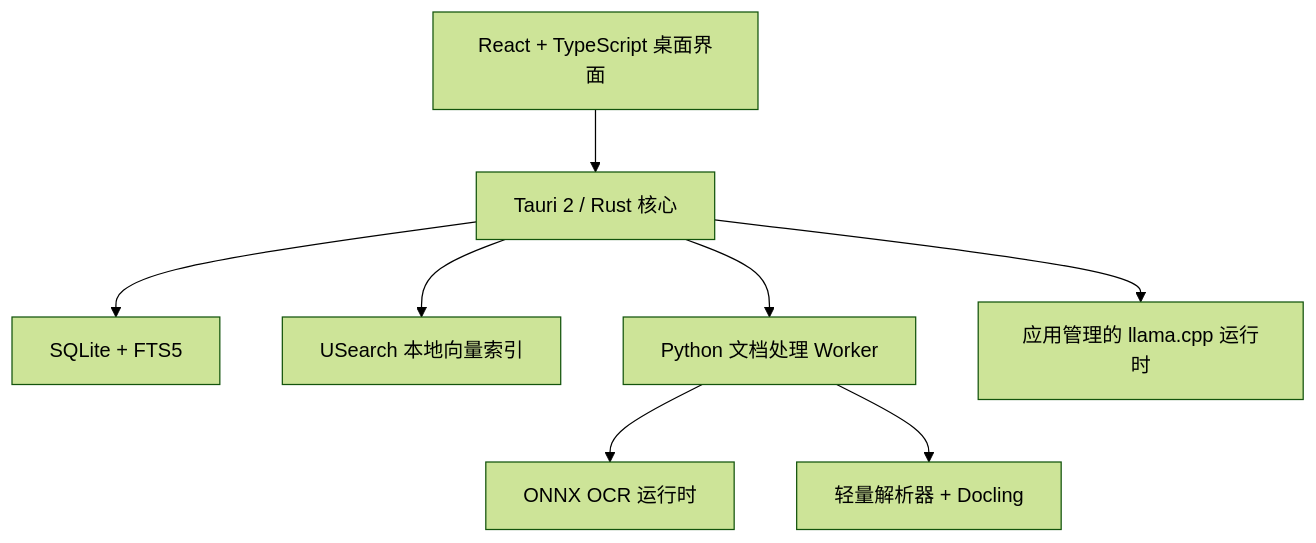
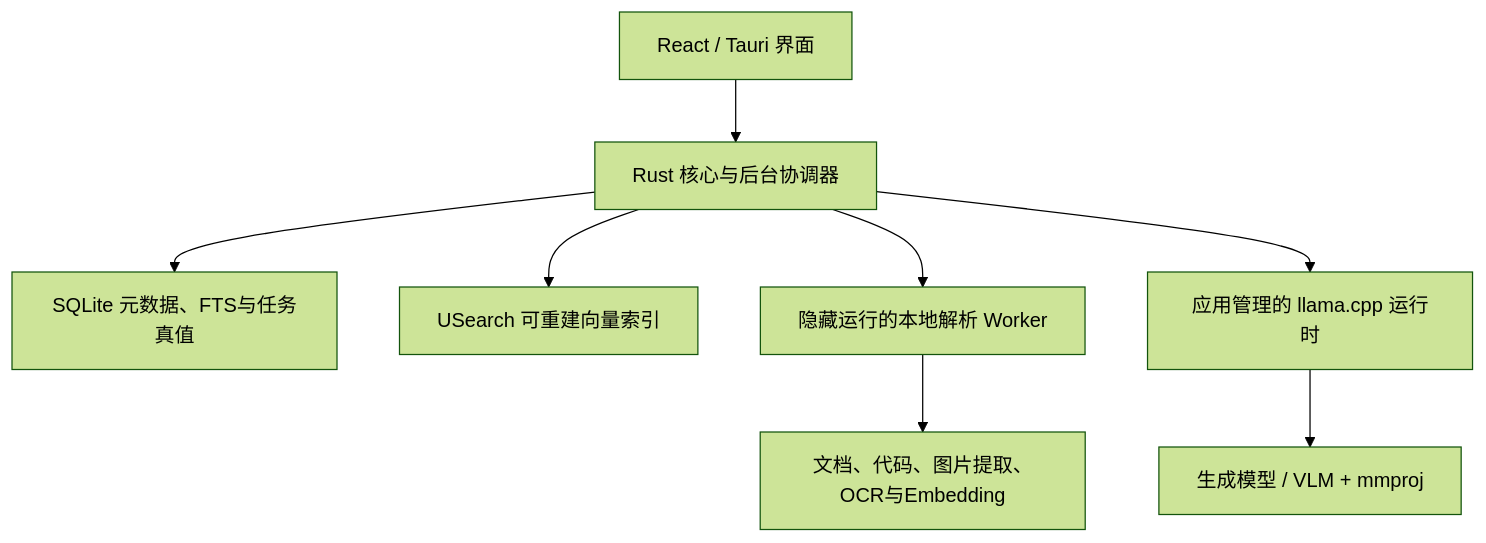
The diagram in docs/拾忆-V1-产品与开发规划书.md (Chatbot-zhou/FanFan), drawn with Mermaid (forest theme) before and after one commit. The commit also changed other lines of this file and 65 other files, not shown here.

````diff
--- a/docs/拾忆-V1-产品与开发规划书.md
+++ b/docs/拾忆-V1-产品与开发规划书.md
@@ -76,10 +67,10 @@
 ```mermaid
 flowchart TD
-    UI["React + TypeScript 桌面界面"] --> CORE["Tauri 2 / Rust 核心"]
-    CORE --> DB["SQLite + FTS5"]
-    CORE --> VEC["USearch 本地向量索引"]
-    CORE --> WORKER["Python 文档处理 Worker"]
+    UI["React / Tauri 界面"] --> CORE["Rust 核心与后台协调器"]
+    CORE --> META["SQLite 元数据、FTS与任务真值"]
+    CORE --> ANN["USearch 可重建向量索引"]
+    CORE --> WORKER["隐藏运行的本地解析 Worker"]
+    WORKER --> PARSER["文档、代码、图片提取、OCR与Embedding"]
     CORE --> LLM["应用管理的 llama.cpp 运行时"]
-    WORKER --> OCR["ONNX OCR 运行时"]
-    WORKER --> PARSER["轻量解析器 + Docling"]
+    LLM --> MODELS["生成模型 / VLM + mmproj"]
 ```
````
